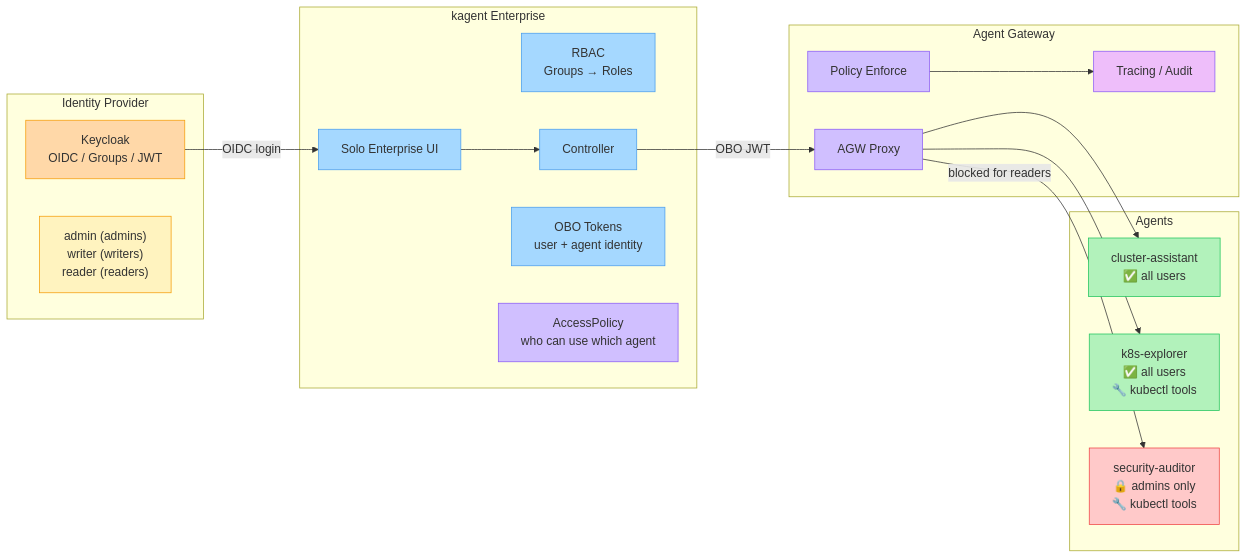
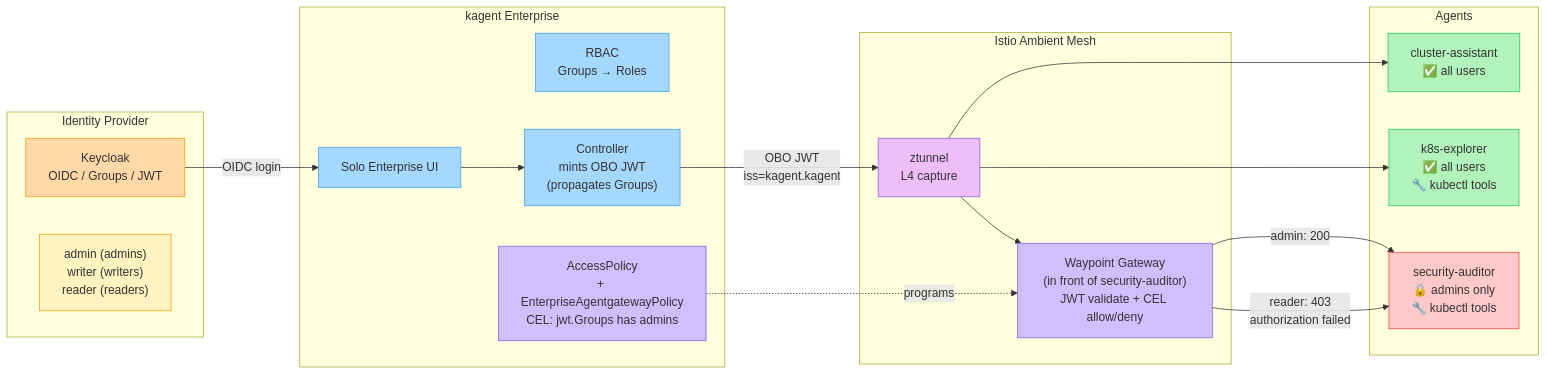
One commit to coryjett/solo-misc-workshops changed the diagram in workshops/kagent-security/docs/architecture.mmd. Above: the diagram before and after it, drawn with Mermaid. The commit also changed 9 other files, not shown here.

First line of the commit message:
fix(kagent-security): make AccessPolicy actually enforce end-to-end

```diff
--- a/workshops/kagent-security/docs/architecture.mmd
+++ b/workshops/kagent-security/docs/architecture.mmd
@@ -1,47 +1,45 @@
 graph LR
     subgraph IdP["Identity Provider"]
         KC["Keycloak<br/>OIDC / Groups / JWT"]
         Users["admin (admins)<br/>writer (writers)<br/>reader (readers)"]
     end
 
     subgraph KE["kagent Enterprise"]
         UI["Solo Enterprise UI"]
         RBAC["RBAC<br/>Groups → Roles"]
-        CTRL["Controller"]
-        OBO["OBO Tokens<br/>user + agent identity"]
-        AP["AccessPolicy<br/>who can use which agent"]
+        CTRL["Controller<br/>mints OBO JWT<br/>(propagates Groups)"]
+        AP["AccessPolicy<br/>+ EnterpriseAgentgatewayPolicy<br/>CEL: jwt.Groups has admins"]
     end
 
-    subgraph AGW["Agent Gateway"]
-        Proxy["AGW Proxy"]
-        Enforce["Policy Enforce"]
-        Trace["Tracing / Audit"]
+    subgraph Mesh["Istio Ambient Mesh"]
+        ZT["ztunnel<br/>L4 capture"]
+        WP["Waypoint Gateway<br/>(in front of security-auditor)<br/>JWT validate + CEL allow/deny"]
     end
 
     subgraph Agents
         A1["cluster-assistant<br/>✅ all users"]
         A2["k8s-explorer<br/>✅ all users<br/>🔧 kubectl tools"]
         A3["security-auditor<br/>🔒 admins only<br/>🔧 kubectl tools"]
     end
 
     KC -->|OIDC login| UI
     UI --> CTRL
-    CTRL -->|OBO JWT| Proxy
-    Proxy --> A1
-    Proxy --> A2
-    Proxy -->|blocked for readers| A3
-    Enforce --> Trace
+    CTRL -->|OBO JWT<br/>iss=kagent.kagent| ZT
+    ZT --> A1
+    ZT --> A2
+    ZT --> WP
+    WP -->|admin: 200| A3
+    WP -->|reader: 403<br/>authorization failed| A3
+    AP -.->|programs| WP
 
     style KC fill:#ffd8a8,stroke:#f59e0b
     style Users fill:#fff3bf,stroke:#f59e0b
     style UI fill:#a5d8ff,stroke:#4a9eed
     style RBAC fill:#a5d8ff,stroke:#4a9eed
     style CTRL fill:#a5d8ff,stroke:#4a9eed
-    style OBO fill:#a5d8ff,stroke:#4a9eed
     style AP fill:#d0bfff,stroke:#8b5cf6
-    style Proxy fill:#d0bfff,stroke:#8b5cf6
-    style Enforce fill:#d0bfff,stroke:#8b5cf6
-    style Trace fill:#eebefa,stroke:#8b5cf6
+    style ZT fill:#eebefa,stroke:#8b5cf6
+    style WP fill:#d0bfff,stroke:#8b5cf6
     style A1 fill:#b2f2bb,stroke:#22c55e
     style A2 fill:#b2f2bb,stroke:#22c55e
     style A3 fill:#ffc9c9,stroke:#ef4444
```
